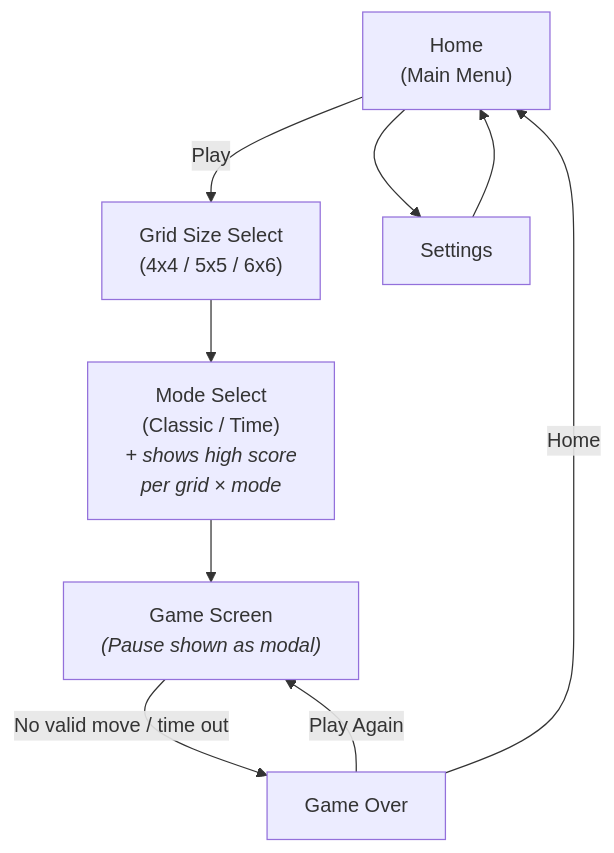
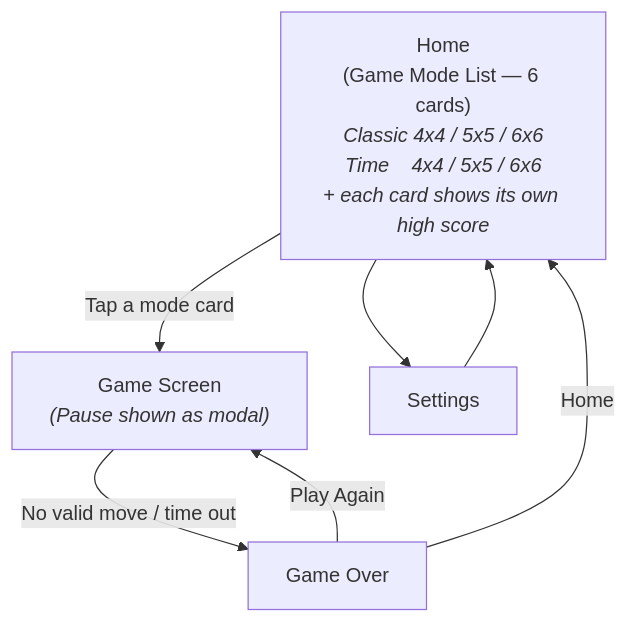
One commit to LeThaiAn15112004/2048-Infinity-Merge changed the second of 3 diagrams in Docs/software_requirement.md. Above: the diagram before and after it, drawn with Mermaid. The commit also changed other lines of this file, not shown here.

````diff
--- a/Docs/software_requirement.md
+++ b/Docs/software_requirement.md
@@ -43,18 +43,14 @@
 ```mermaid
 flowchart TD
-    Home["Home<br/>(Main Menu)"]
-    Size["Grid Size Select<br/>(4x4 / 5x5 / 6x6)"]
-    Mode["Mode Select<br/>(Classic / Time)<br/><i>+ shows high score<br/>per grid × mode</i>"]
+    Home["Home<br/>(Game Mode List — 6 cards)<br/><i>Classic 4x4 / 5x5 / 6x6</i><br/><i>Time&nbsp;&nbsp;&nbsp;&nbsp;4x4 / 5x5 / 6x6</i><br/><i>+ each card shows its own high score</i>"]
     Game["Game Screen<br/><i>(Pause shown as modal)</i>"]
     GameOver["Game Over"]
     Settings["Settings"]
 
-    Home -->|Play| Size
-    Size --> Mode
-    Mode --> Game
+    Home -->|Tap a mode card| Game
     Game -->|No valid move / time out| GameOver
     GameOver -->|Play Again| Game
     GameOver -->|Home| Home
     Home --> Settings
     Settings --> Home
 ```
````
